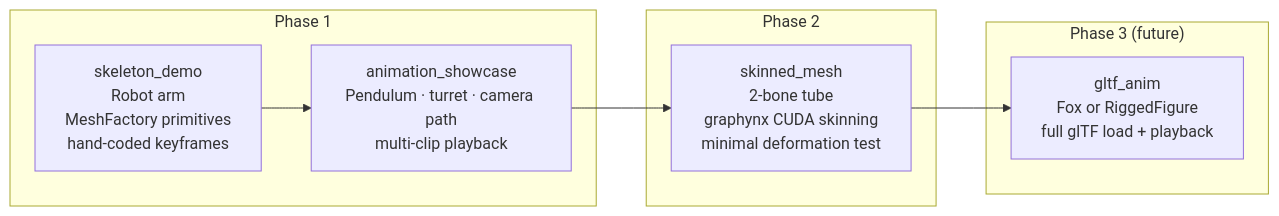
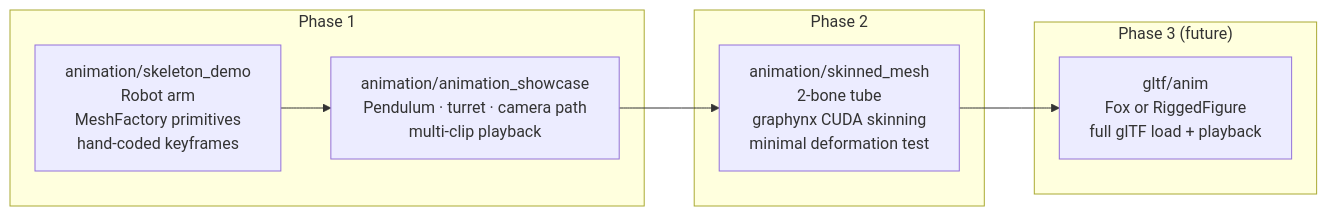
Before and after one commit to vansweej/nodemoss: diagram 12 of 12 in docs/ANIMATION.md, drawn with Mermaid. The commit also changed other lines of this file and 5 other files, not shown here.

Commit message:
docs: update example paths in AGENTS.md and architecture docs

````diff
--- a/docs/ANIMATION.md
+++ b/docs/ANIMATION.md
@@ -579,17 +579,17 @@
 ```mermaid
 flowchart LR
     subgraph "Phase 1"
-        SD["skeleton_demo\nRobot arm\nMeshFactory primitives\nhand-coded keyframes"]
-        AS["animation_showcase\nPendulum · turret · camera path\nmulti-clip playback"]
+        SD["animation/skeleton_demo\nRobot arm\nMeshFactory primitives\nhand-coded keyframes"]
+        AS["animation/animation_showcase\nPendulum · turret · camera path\nmulti-clip playback"]
     end
 
     subgraph "Phase 2"
-        SM["skinned_mesh\n2-bone tube\ngraphynx CUDA skinning\nminimal deformation test"]
+        SM["animation/skinned_mesh\n2-bone tube\ngraphynx CUDA skinning\nminimal deformation test"]
     end
 
     subgraph "Phase 3 (future)"
-        GA["gltf_anim\nFox or RiggedFigure\nfull glTF load + playback"]
+        GA["gltf/anim\nFox or RiggedFigure\nfull glTF load + playback"]
     end
 
     SD --> AS --> SM --> GA
 ```
````
